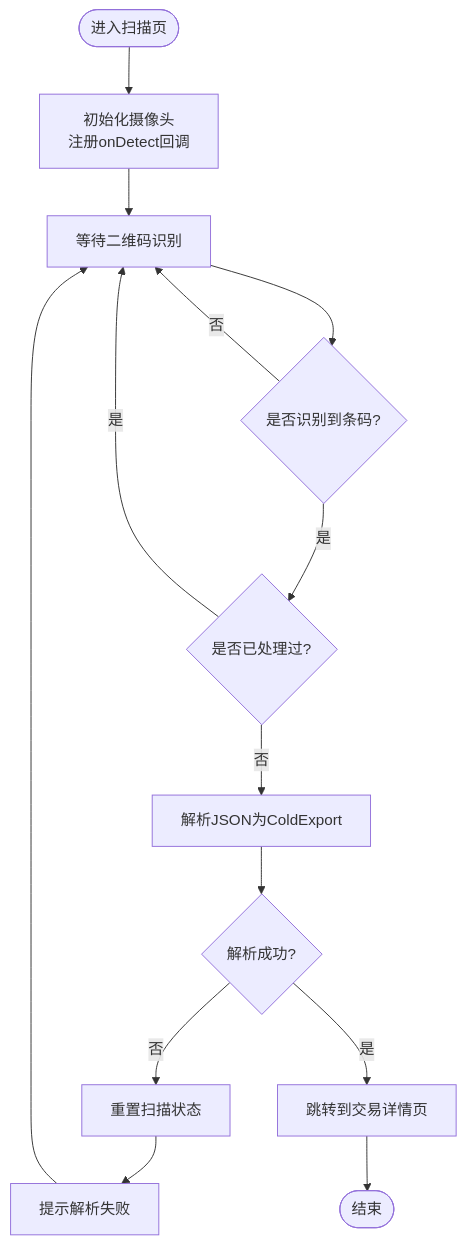
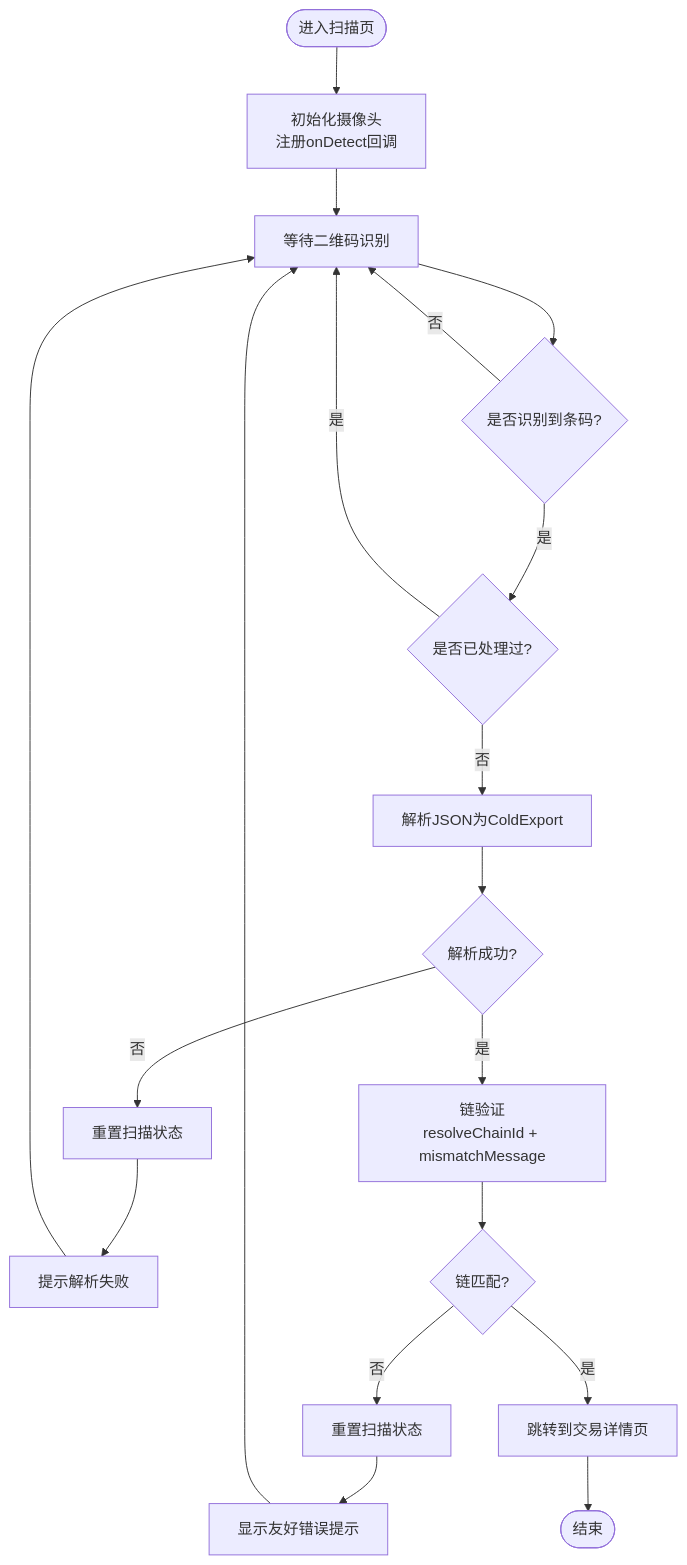
The third of 4 diagrams in .qoder/repowiki/zh/content/用户界面/冷钱包App界面/二维码扫描界面.md (EqualToEthan/stasis), drawn with Mermaid before and after one commit. The commit also changed other lines of this file and 40 other files, not shown here.

````diff
--- a/.qoder/repowiki/zh/content/用户界面/冷钱包App界面/二维码扫描界面.md
+++ b/.qoder/repowiki/zh/content/用户界面/冷钱包App界面/二维码扫描界面.md
@@ -123,16 +149,21 @@
 ```mermaid
 flowchart TD
 Start(["进入扫描页"]) --> Init["初始化摄像头<br/>注册onDetect回调"]
 Init --> Wait["等待二维码识别"]
 Wait --> Detect{"是否识别到条码?"}
 Detect -- 否 --> Wait
 Detect -- 是 --> CheckDup{"是否已处理过?"}
 CheckDup -- 是 --> Wait
 CheckDup -- 否 --> Parse["解析JSON为ColdExport"]
 Parse --> Ok{"解析成功?"}
 Ok -- 否 --> Reset["重置扫描状态"]
 Reset --> ShowErr["提示解析失败"]
 ShowErr --> Wait
-Ok -- 是 --> Nav["跳转到交易详情页"]
+Ok -- 是 --> ChainCheck["链验证<br/>resolveChainId + mismatchMessage"]
+ChainCheck --> Match{"链匹配?"}
+Match -- 否 --> Reset2["重置扫描状态"]
+Reset2 --> ShowChainErr["显示友好错误提示"]
+ShowChainErr --> Wait
+Match -- 是 --> Nav["跳转到交易详情页"]
 Nav --> End(["结束"])
 ```
````
